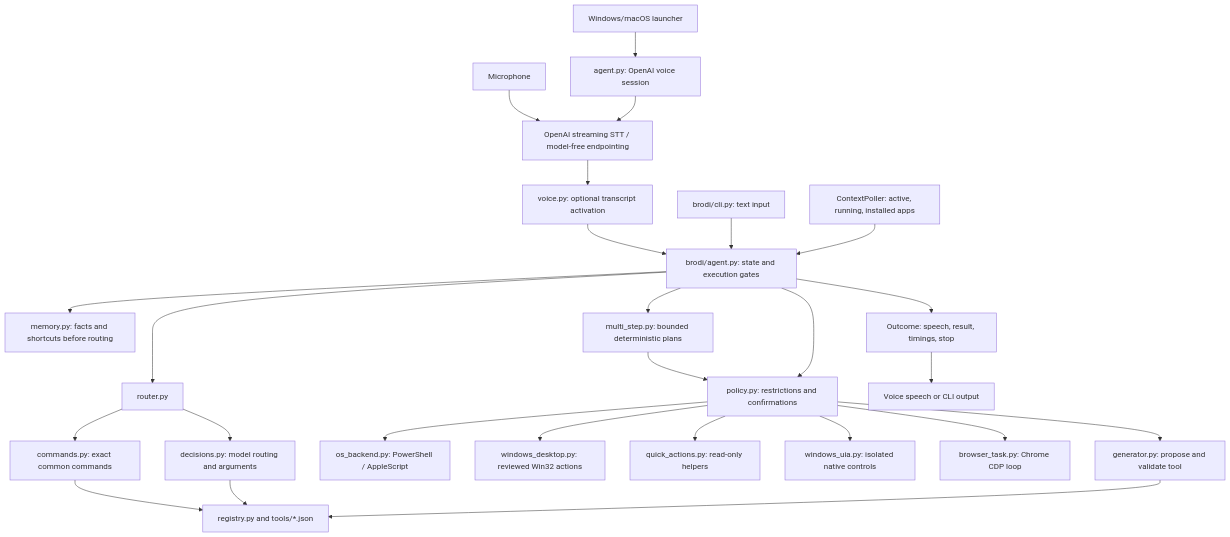
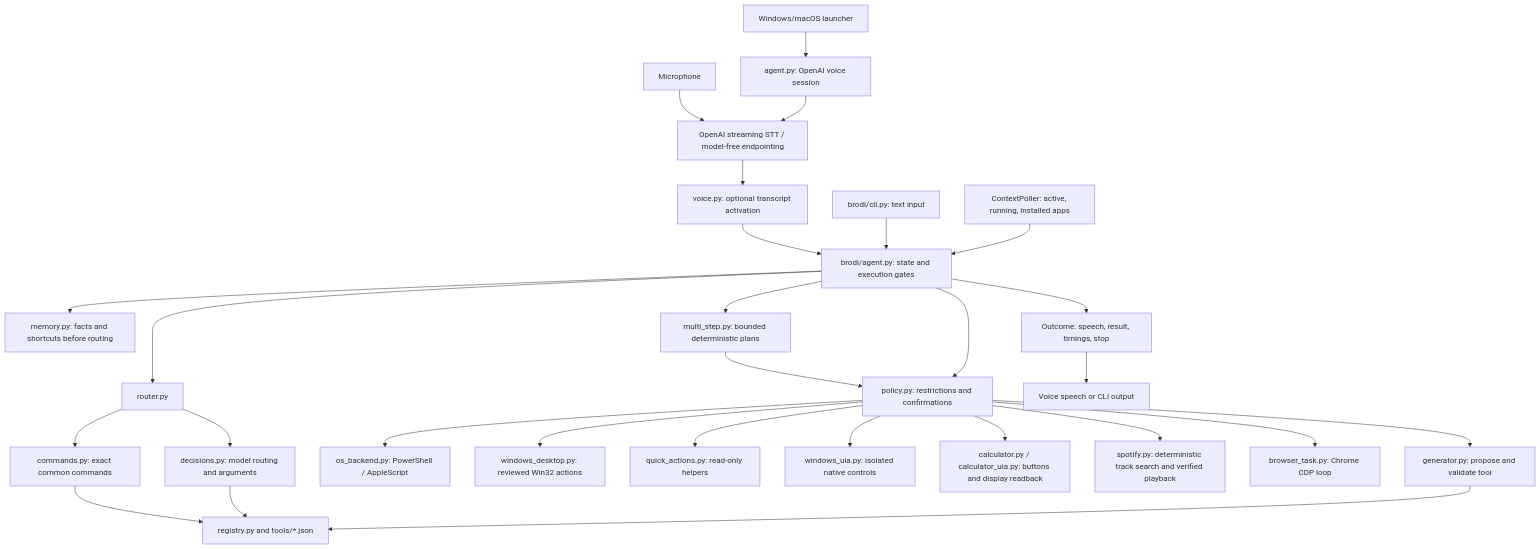
One commit to OmiChrome/Brodi changed the diagram in docs/ARCHITECTURE.md. Above: the diagram before and after it, drawn with Mermaid. The commit also changed other lines of this file and 15 other files, not shown here.

Commit message:
Add Spotify Web playback and GitHub Trending demo commands

````diff
--- a/docs/ARCHITECTURE.md
+++ b/docs/ARCHITECTURE.md
@@ -27,28 +27,30 @@
 ```mermaid
 flowchart TD
     Start[Windows/macOS launcher] --> Voice[agent.py: OpenAI voice session]
     Mic[Microphone] --> Transcript[OpenAI streaming STT / model-free endpointing]
     Voice --> Transcript
     Transcript --> Gate[voice.py: optional transcript activation]
     Gate --> Core[brodi/agent.py: state and execution gates]
     CLI[brodi/cli.py: text input] --> Core
     Context[ContextPoller: active, running, installed apps] --> Core
     Core --> Memory[memory.py: facts and shortcuts before routing]
     Core --> Plans[multi_step.py: bounded deterministic plans]
     Plans --> Policy
     Core --> Router[router.py]
     Router --> Local[commands.py: exact common commands]
     Router --> Decisions[decisions.py: model routing and arguments]
     Local --> Registry[registry.py and tools/*.json]
     Decisions --> Registry
     Core --> Policy[policy.py: restrictions and confirmations]
     Policy --> OS[os_backend.py: PowerShell / AppleScript]
     Policy --> Native[windows_desktop.py: reviewed Win32 actions]
     Policy --> Builtin[quick_actions.py: read-only helpers]
     Policy --> UIA[windows_uia.py: isolated native controls]
+    Policy --> Calculator[calculator.py / calculator_uia.py: buttons and display readback]
+    Policy --> Spotify[spotify.py: deterministic track search and verified playback]
     Policy --> Browser[browser_task.py: Chrome CDP loop]
     Policy --> Learn[generator.py: propose and validate tool]
     Learn --> Registry
     Core --> Outcome[Outcome: speech, result, timings, stop]
     Outcome --> Reply[Voice speech or CLI output]
 ```
````
